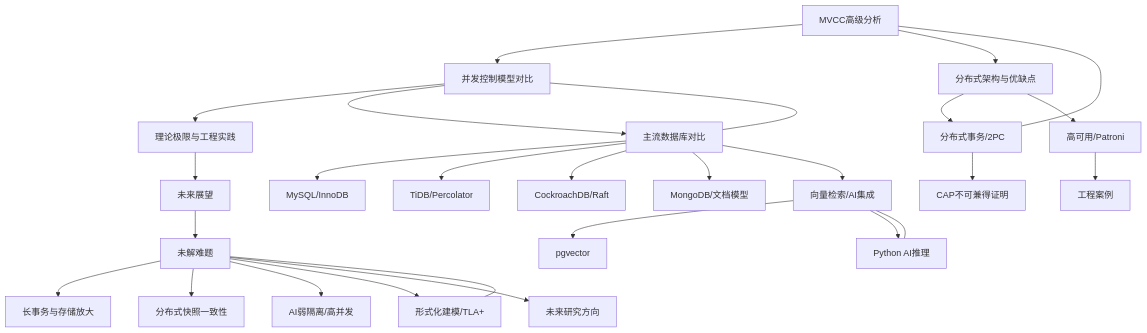
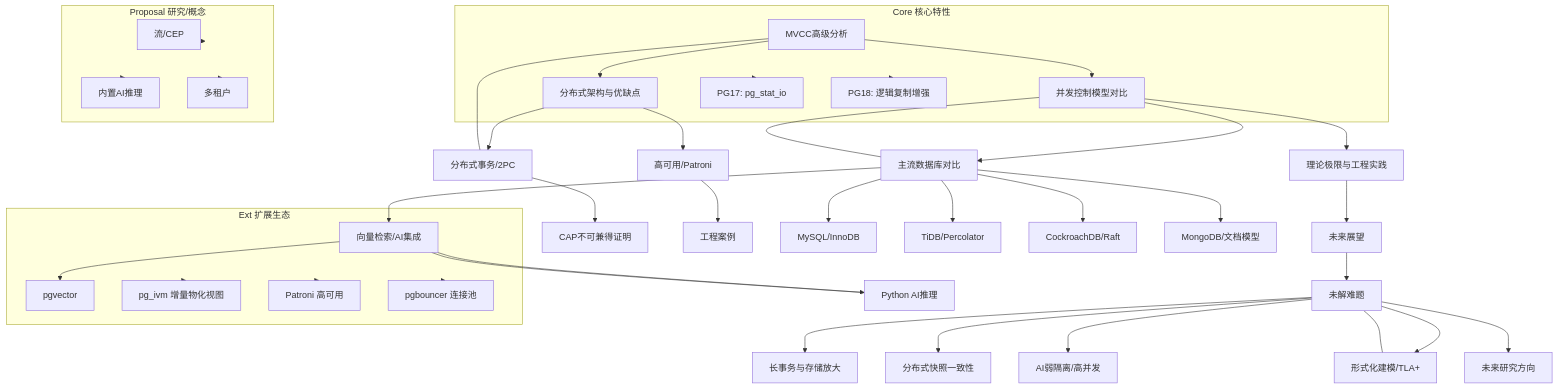
Before and after one commit to AdaMartin18010/Data-Science: the diagram in Analysis/1-数据库系统/1.1-PostgreSQL/knowledge_map.md, drawn with Mermaid. The commit also changed 168 other files, not shown here.

````diff
--- a/Analysis/1-数据库系统/1.1-PostgreSQL/knowledge_map.md
+++ b/Analysis/1-数据库系统/1.1-PostgreSQL/knowledge_map.md
@@ -3,30 +3,71 @@
 ```mermaid
 graph TD
-    A[MVCC高级分析] --> B[并发控制模型对比]
-    A --> C[分布式架构与优缺点]
+    %% 层级标注
+    subgraph Core[Core 核心特性]
+        A[MVCC高级分析]
+        B[并发控制模型对比]
+        C[分布式架构与优缺点]
+        A17[PG17: pg_stat_io]
+        A18[PG18: 逻辑复制增强]
+    end
+
+    subgraph Ext[Ext 扩展生态]
+        O[向量检索/AI集成]
+        P[pgvector]
+        IVM[pg_ivm 增量物化视图]
+        HA[Patroni 高可用]
+        POOL[pgbouncer 连接池]
+    end
+
+    subgraph Proposal[Proposal 研究/概念]
+        STREAM[流/CEP]
+        AI[内置AI推理]
+        TENANT[多租户]
+    end
+
+    A --> B
+    A --> C
     B --> D[理论极限与工程实践]
     D --> E[未来展望]
     C --> F[分布式事务/2PC]
     C --> G[高可用/Patroni]
     F --> H[CAP不可兼得证明]
     G --> I[工程案例]
     B --> J[主流数据库对比]
     J --> K[MySQL/InnoDB]
     J --> L[TiDB/Percolator]
     J --> M[CockroachDB/Raft]
     J --> N[MongoDB/文档模型]
-    J --> O[向量检索/AI集成]
-    O --> P[pgvector]
+
+    %% 向量/AI
+    J --> O
+    O --> P
     O --> Q[Python AI推理]
+
+    %% 新版PG特性
+    Core --> A17
+    Core --> A18
+
+    %% 扩展
+    Ext --> IVM
+    Ext --> HA
+    Ext --> POOL
+
+    %% 提案
+    Proposal --> STREAM
+    Proposal --> AI
+    Proposal --> TENANT
+
     E --> R[未解难题]
     R --> S[长事务与存储放大]
     R --> T[分布式快照一致性]
     R --> U[AI弱隔离/高并发]
     R --> V[形式化建模/TLA+]
     R --> W[未来研究方向]
+
     %% 交叉引用
     A --- F
     B --- J
     O --- Q
     R --- V
 ```
````
